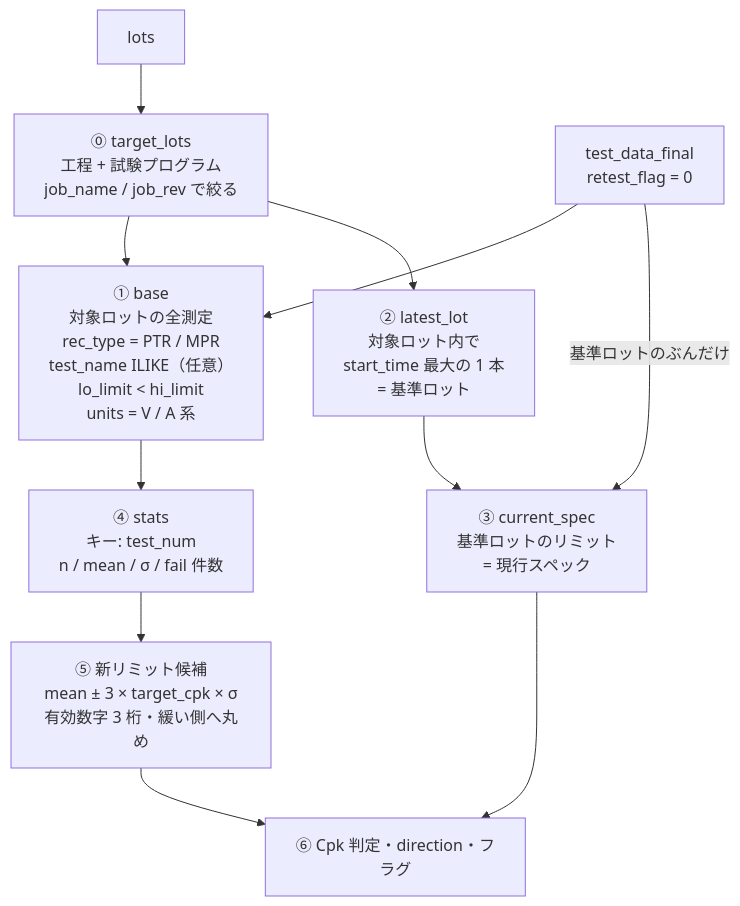
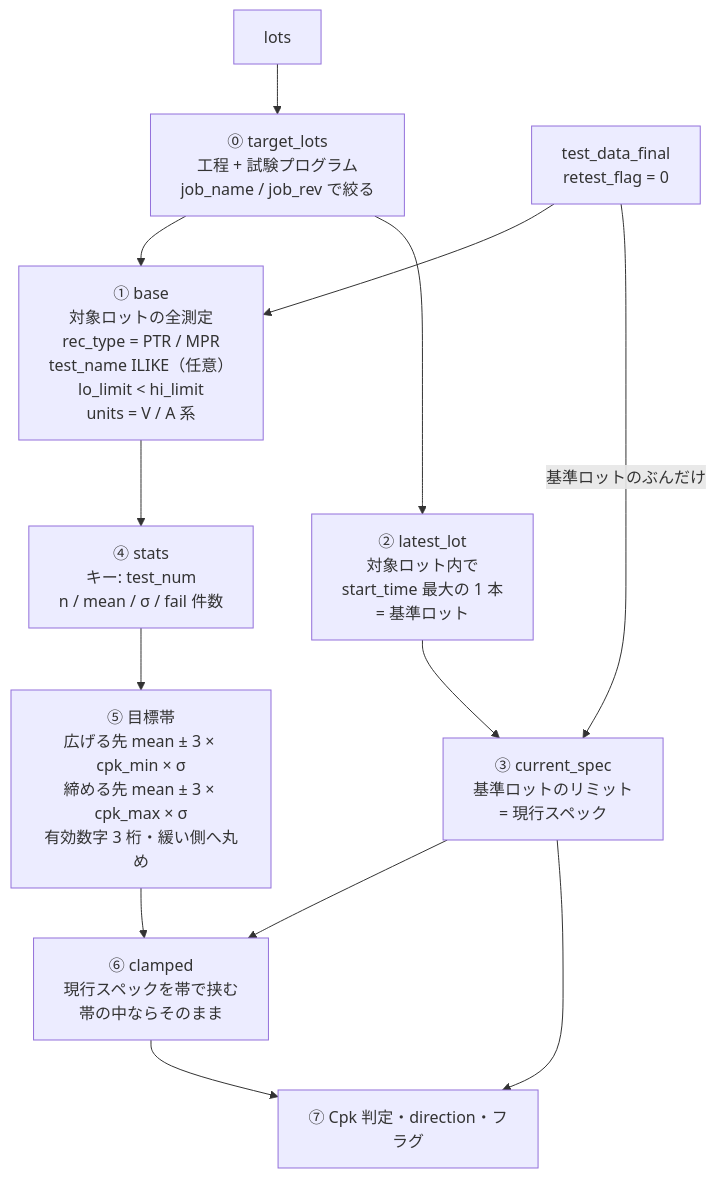
One commit to Kei0bb/STDF changed the first of 2 diagrams in docs/sample_queries.md. Above: the diagram before and after it, drawn with Mermaid. The commit also changed other lines of this file, not shown here.

First line of the commit message:
feat: 8-2 の新リミットを目標帯（cpk_min〜cpk_max）で挟む方式に変更

````diff
--- a/docs/sample_queries.md
+++ b/docs/sample_queries.md
@@ -801,16 +802,18 @@
 ```mermaid
 flowchart TD
     LO["lots"] --> TL["⓪ target_lots<br/>工程 + 試験プログラム<br/>job_name / job_rev で絞る"]
     TD["test_data_final<br/>retest_flag = 0"] --> BASE
     TL --> BASE
     BASE["① base<br/>対象ロットの全測定<br/>rec_type = PTR / MPR<br/>test_name ILIKE（任意）<br/>lo_limit &lt; hi_limit<br/>units = V / A 系"]
 
     TL --> LL["② latest_lot<br/>対象ロット内で<br/>start_time 最大の 1 本<br/>= 基準ロット"]
     LL --> CS["③ current_spec<br/>基準ロットのリミット<br/>= 現行スペック"]
     TD -->|"基準ロットのぶんだけ"| CS
 
     BASE --> ST["④ stats<br/>キー: test_num<br/>n / mean / σ / fail 件数"]
-    ST --> CAND["⑤ 新リミット候補<br/>mean ± 3 × target_cpk × σ<br/>有効数字 3 桁・緩い側へ丸め"]
-    CS --> JUDGE["⑥ Cpk 判定・direction・フラグ"]
-    CAND --> JUDGE
+    ST --> CAND["⑤ 目標帯<br/>広げる先 mean ± 3 × cpk_min × σ<br/>締める先 mean ± 3 × cpk_max × σ<br/>有効数字 3 桁・緩い側へ丸め"]
+    CAND --> CL["⑥ clamped<br/>現行スペックを帯で挟む<br/>帯の中ならそのまま"]
+    CS --> CL
+    CS --> JUDGE["⑦ Cpk 判定・direction・フラグ"]
+    CL --> JUDGE
 ```
````
